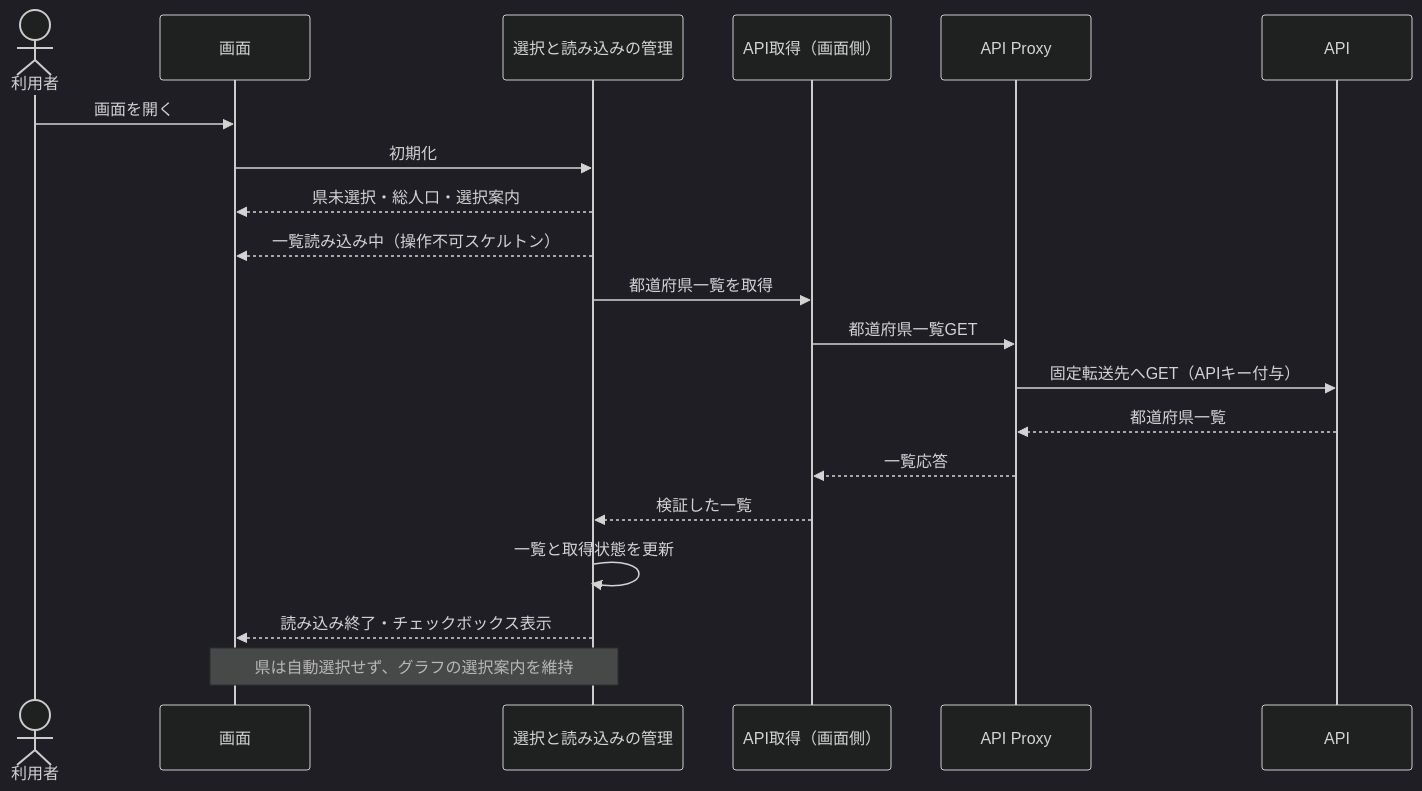
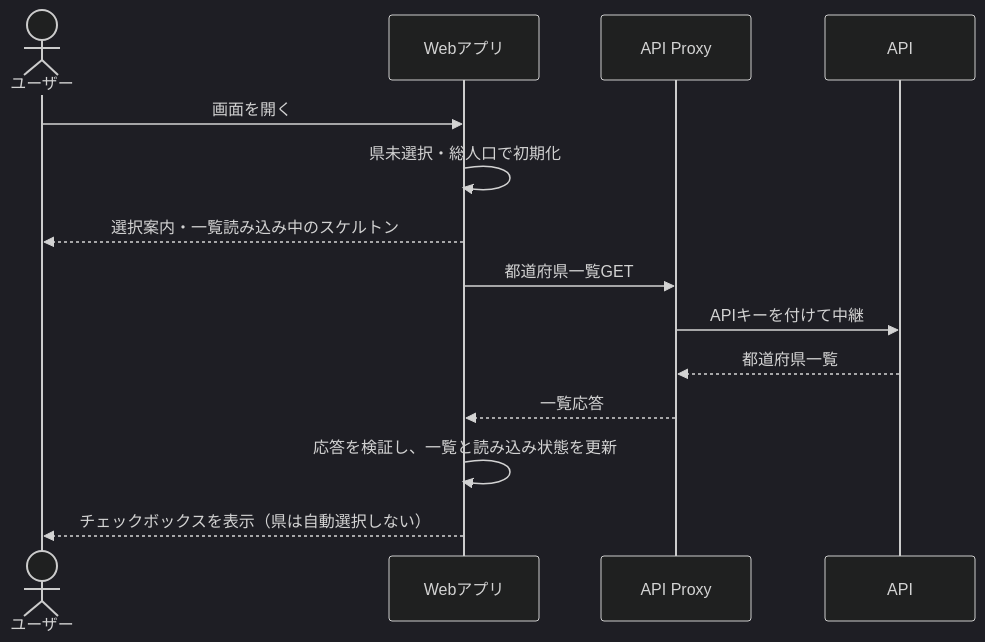
Before and after one commit to t2421/frontend-engineer-codecheck: the second of 5 diagrams in docs/DESIGN.md, drawn with Mermaid (dark theme). The commit also changed other lines of this file, not shown here.

Commit message:
シーケンス図をシステム境界で整理

````diff
--- a/docs/DESIGN.md
+++ b/docs/DESIGN.md
@@ -45,22 +45,16 @@
 ```mermaid
 sequenceDiagram
-  actor User as 利用者
-  participant UI as 画面
-  participant State as 選択と読み込みの管理
-  participant Fetch as API取得（画面側）
+  actor User as ユーザー
+  participant App as Webアプリ
   participant Proxy as API Proxy
   participant API as API
-  User->>UI: 画面を開く
-  UI->>State: 初期化
-  State-->>UI: 県未選択・総人口・選択案内
-  State-->>UI: 一覧読み込み中（操作不可スケルトン）
-  State->>Fetch: 都道府県一覧を取得
-  Fetch->>Proxy: 都道府県一覧GET
-  Proxy->>API: 固定転送先へGET（APIキー付与）
+  User->>App: 画面を開く
+  App->>App: 県未選択・総人口で初期化
+  App-->>User: 選択案内・一覧読み込み中のスケルトン
+  App->>Proxy: 都道府県一覧GET
+  Proxy->>API: APIキーを付けて中継
   API-->>Proxy: 都道府県一覧
-  Proxy-->>Fetch: 一覧応答
-  Fetch-->>State: 検証した一覧
-  State->>State: 一覧と取得状態を更新
-  State-->>UI: 読み込み終了・チェックボックス表示
-  Note over UI,State: 県は自動選択せず、グラフの選択案内を維持
+  Proxy-->>App: 一覧応答
+  App->>App: 応答を検証し、一覧と読み込み状態を更新
+  App-->>User: チェックボックスを表示（県は自動選択しない）
 ```
````
